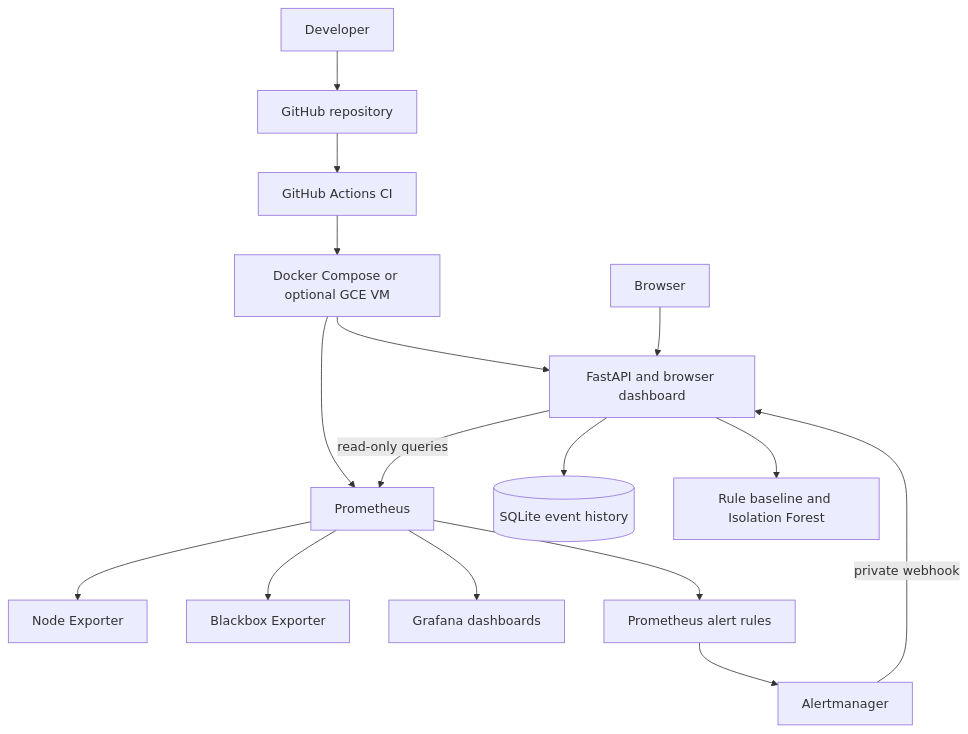
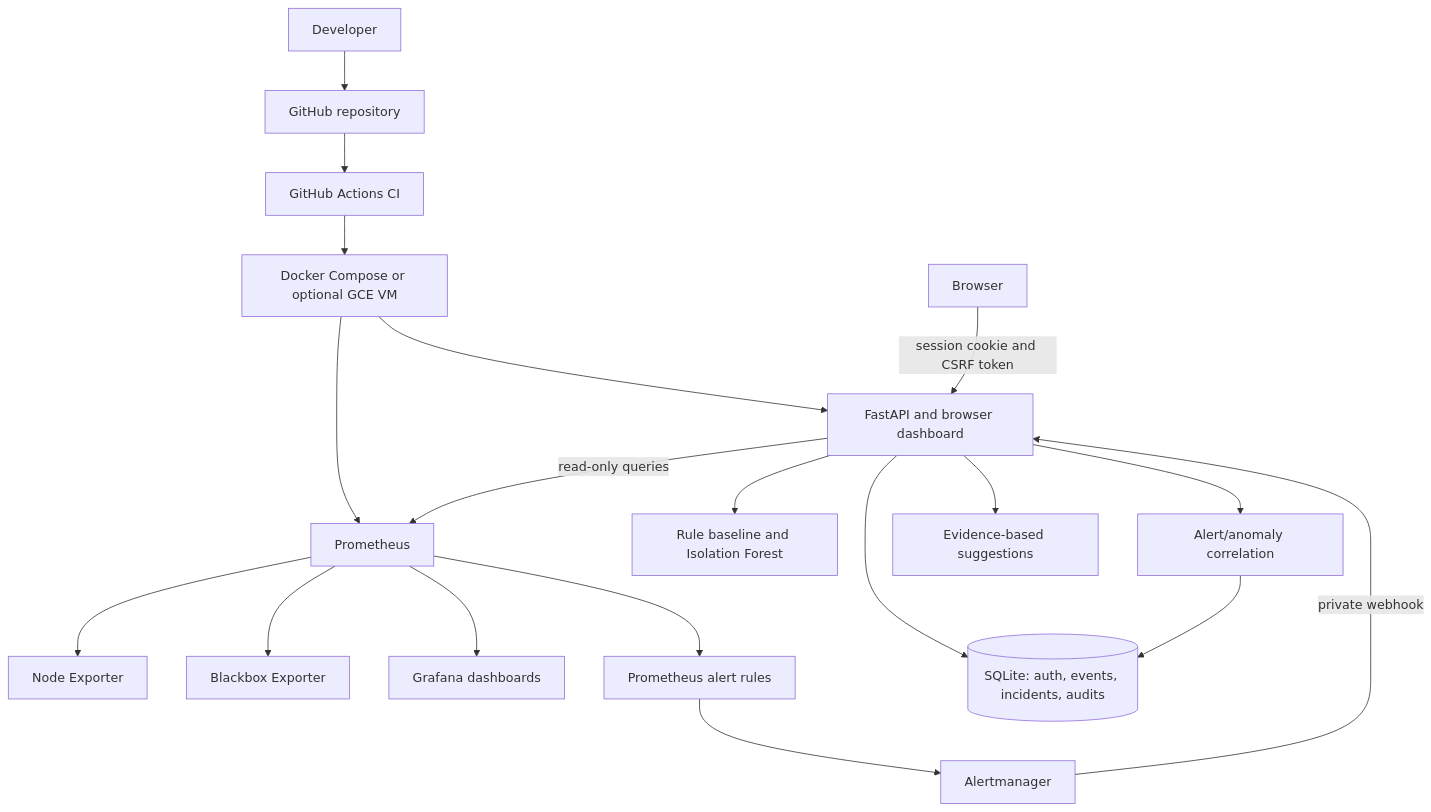
The first of 2 diagrams in docs/architecture.md (Bharath23456/mca-major-project-1), drawn with Mermaid before and after one commit. The commit also changed other lines of this file and 48 other files, not shown here.

````diff
--- a/docs/architecture.md
+++ b/docs/architecture.md
@@ -28,18 +33,21 @@
 ```mermaid
 flowchart TD
     Dev[Developer] --> Git[GitHub repository]
     Git --> CI[GitHub Actions CI]
     CI --> Local[Docker Compose or optional GCE VM]
     Local --> API[FastAPI and browser dashboard]
     Local --> Prom[Prometheus]
     Prom --> Node[Node Exporter]
     Prom --> Blackbox[Blackbox Exporter]
     Prom --> Grafana[Grafana dashboards]
     Prom --> Rules[Prometheus alert rules]
     Rules --> AM[Alertmanager]
     AM -->|private webhook| API
-    API --> SQLite[(SQLite event history)]
+    API --> SQLite[(SQLite: auth, events, incidents, audits)]
     API --> Model[Rule baseline and Isolation Forest]
     API -->|read-only queries| Prom
-    Browser[Browser] --> API
+    Browser[Browser] -->|session cookie and CSRF token| API
+    API --> Correlate[Alert/anomaly correlation]
+    Correlate --> SQLite
+    API --> Diagnostics[Evidence-based suggestions]
 ```
````
